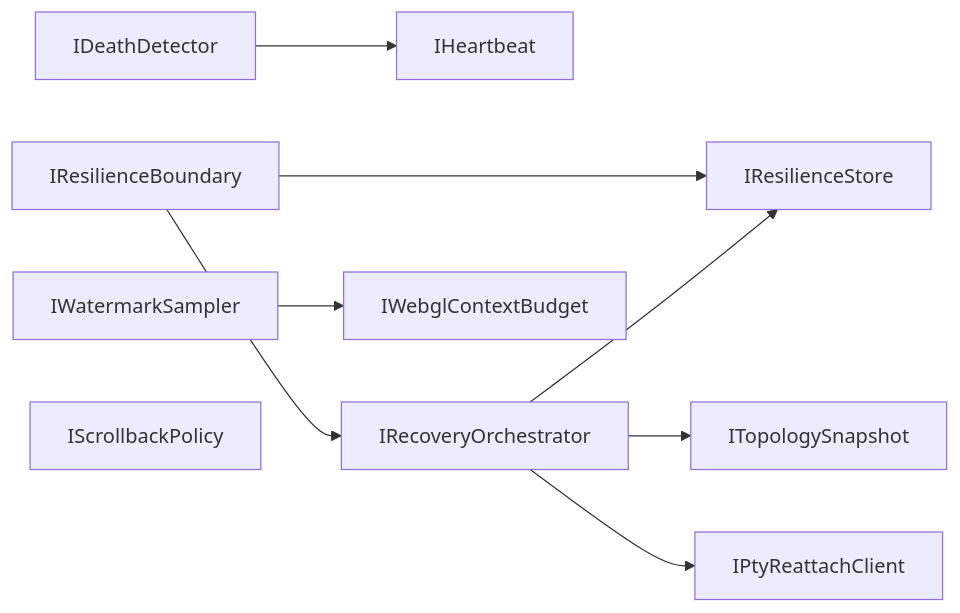
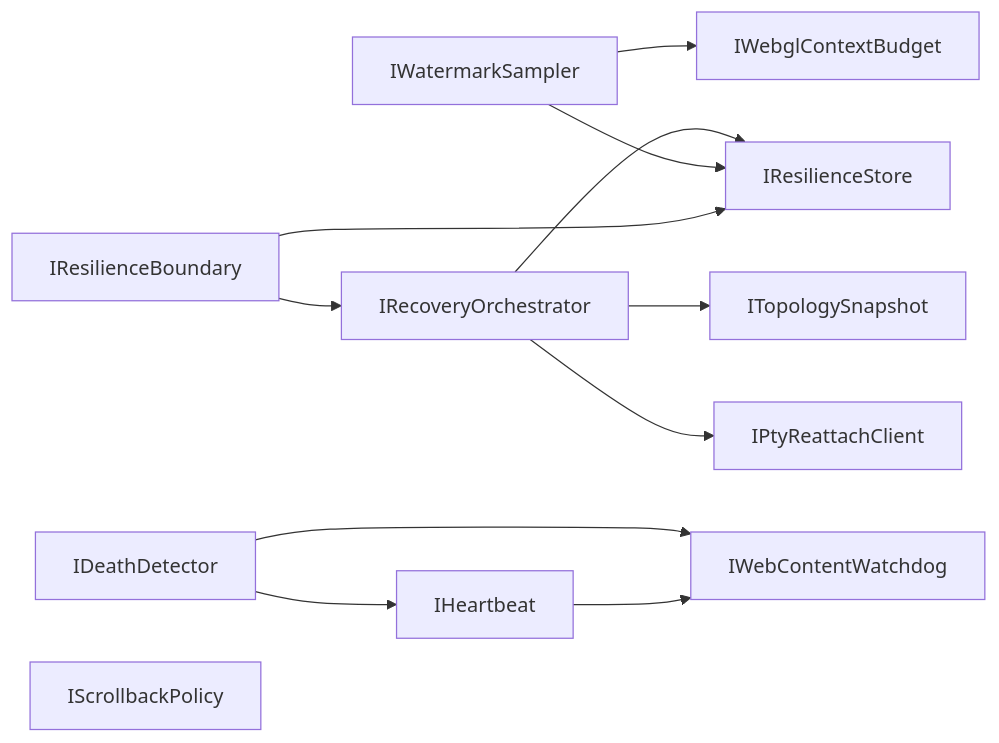
Before and after one commit to yes506/canvas-terminal: the diagram in ai-artifacts/runs/code/resilience-recovery-15880-14321-23155/architecture.mmd, drawn with Mermaid. The commit also changed 12 other files, not shown here.

```diff
--- a/ai-artifacts/runs/code/resilience-recovery-15880-14321-23155/architecture.mmd
+++ b/ai-artifacts/runs/code/resilience-recovery-15880-14321-23155/architecture.mmd
@@ -1,18 +1,22 @@
 graph LR
   IResilienceBoundary["IResilienceBoundary"]
   IHeartbeat["IHeartbeat"]
+  IWebContentWatchdog["IWebContentWatchdog"]
   IWatermarkSampler["IWatermarkSampler"]
   IDeathDetector["IDeathDetector"]
   ITopologySnapshot["ITopologySnapshot"]
   IPtyReattachClient["IPtyReattachClient"]
   IRecoveryOrchestrator["IRecoveryOrchestrator"]
   IWebglContextBudget["IWebglContextBudget"]
   IScrollbackPolicy["IScrollbackPolicy"]
   IResilienceStore["IResilienceStore"]
   IResilienceBoundary --> IResilienceStore
   IResilienceBoundary --> IRecoveryOrchestrator
+  IHeartbeat --> IWebContentWatchdog
   IWatermarkSampler --> IWebglContextBudget
+  IWatermarkSampler --> IResilienceStore
   IDeathDetector --> IHeartbeat
+  IDeathDetector --> IWebContentWatchdog
   IRecoveryOrchestrator --> ITopologySnapshot
   IRecoveryOrchestrator --> IPtyReattachClient
   IRecoveryOrchestrator --> IResilienceStore
```
